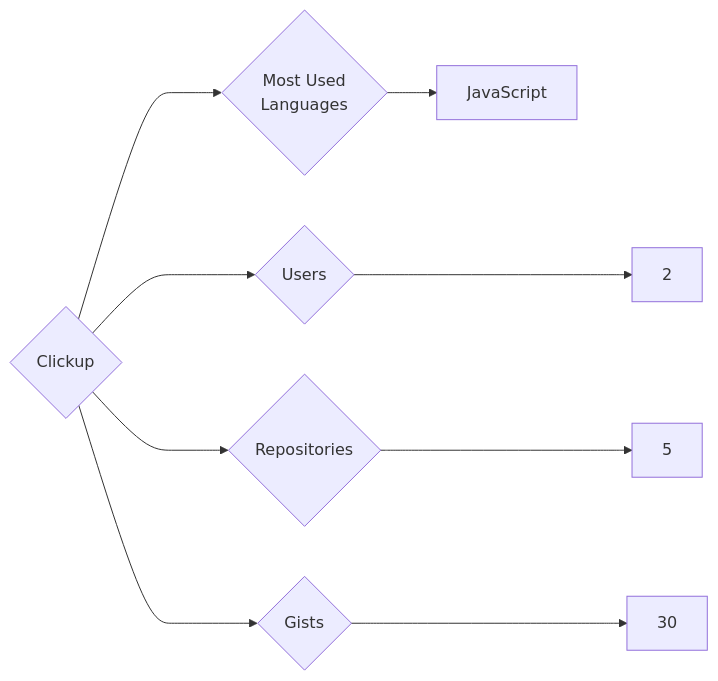
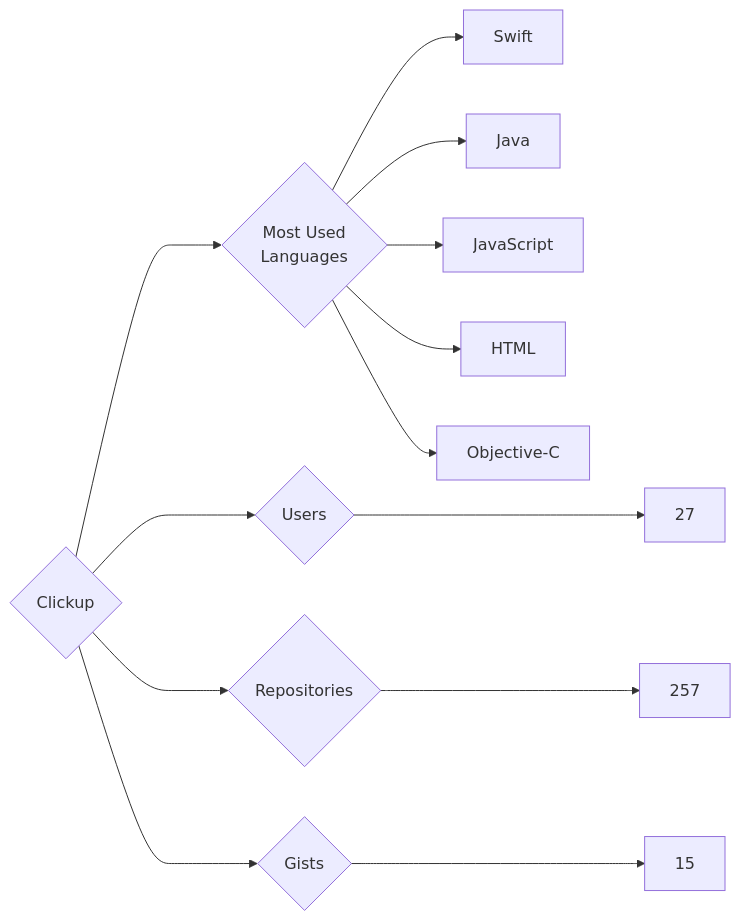
Before and after one commit to trickest/insiders: the diagram in targets/Clickup/README.md, drawn with Mermaid. The commit also changed 873 other files, not shown here.

````diff
--- a/targets/Clickup/README.md
+++ b/targets/Clickup/README.md
@@ -3,9 +3,13 @@
 ```mermaid
 graph LR
 COMPANY_NAME{Clickup}
-COMPANY_NAME ---> U{Users} ---> UN[2]
-COMPANY_NAME ---> R{Repositories} ---> RN[5]
-COMPANY_NAME ---> G{Gists} ---> GN[30]
+COMPANY_NAME ---> U{Users} ---> UN[27]
+COMPANY_NAME ---> R{Repositories} ---> RN[257]
+COMPANY_NAME ---> G{Gists} ---> GN[15]
 COMPANY_NAME ---> ML{Most Used<br>Languages}
+ML --> Swift[Swift]
+ML --> Java[Java]
 ML --> JavaScript[JavaScript]
+ML --> HTML[HTML]
+ML --> Objective-C[Objective-C]
 ```
````
